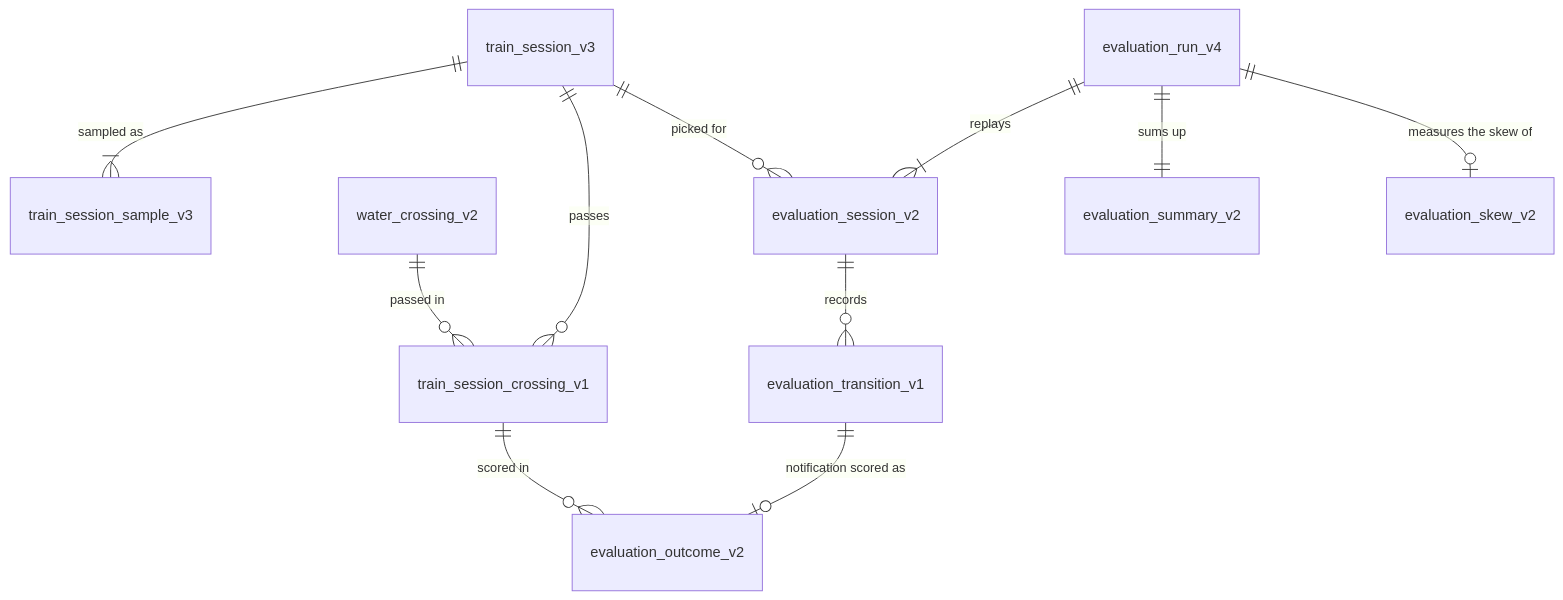
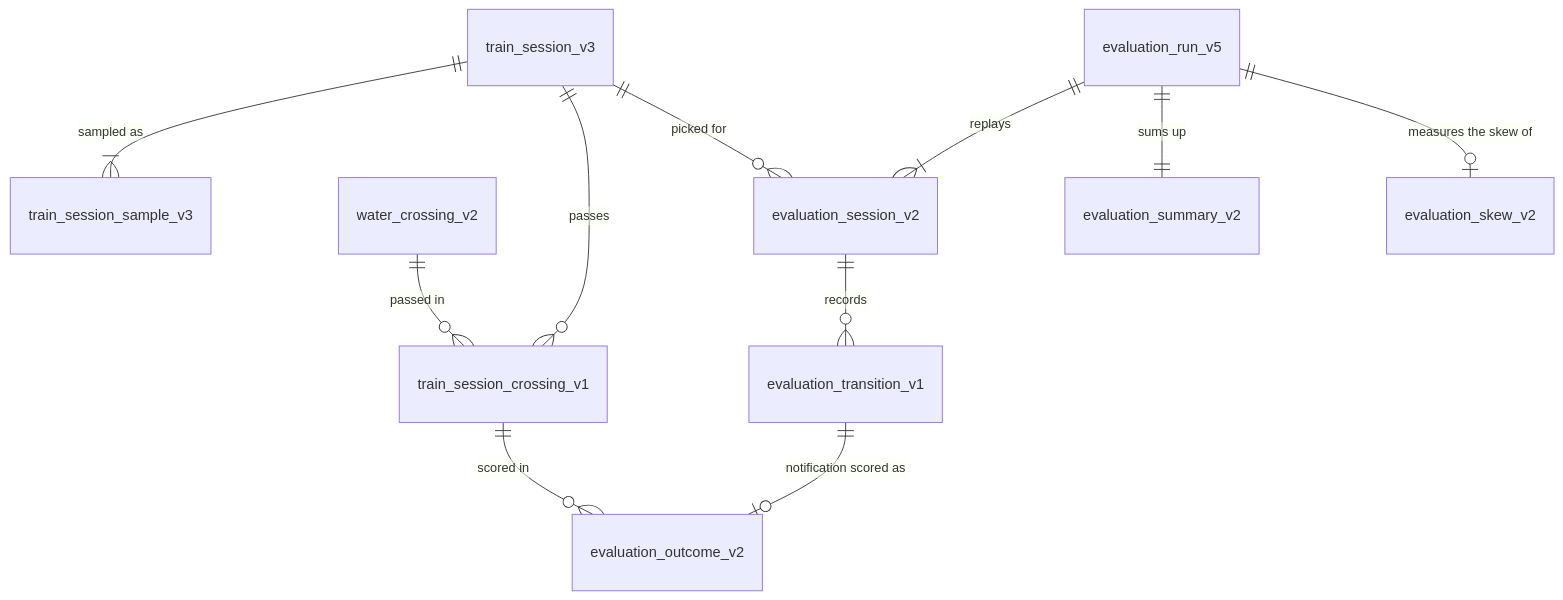
Before and after one commit to mikemoraned/geo: the diagram in apps/lookout/docs/current-slice.md, drawn with Mermaid. The commit also changed other lines of this file and 37 other files, not shown here.

Commit message:
record the split a run scores in evaluation_run_v5's split_settings, read back when a run resumes, with the run's spans of time and evaluation_session_v2's as durations; migrate run v4 and session v1 into them with a one-off binary

````diff
--- a/apps/lookout/docs/current-slice.md
+++ b/apps/lookout/docs/current-slice.md
@@ -127,13 +127,13 @@
 ```mermaid
 erDiagram
     train_session_v3 ||--|{ train_session_sample_v3 : "sampled as"
     train_session_v3 ||--o{ train_session_crossing_v1 : "passes"
     water_crossing_v2 ||--o{ train_session_crossing_v1 : "passed in"
-    evaluation_run_v4 ||--|{ evaluation_session_v2 : "replays"
+    evaluation_run_v5 ||--|{ evaluation_session_v2 : "replays"
     train_session_v3 ||--o{ evaluation_session_v2 : "picked for"
     evaluation_session_v2 ||--o{ evaluation_transition_v1 : "records"
     evaluation_transition_v1 ||--o| evaluation_outcome_v2 : "notification scored as"
     train_session_crossing_v1 ||--o{ evaluation_outcome_v2 : "scored in"
-    evaluation_run_v4 ||--|| evaluation_summary_v2 : "sums up"
-    evaluation_run_v4 ||--o| evaluation_skew_v2 : "measures the skew of"
+    evaluation_run_v5 ||--|| evaluation_summary_v2 : "sums up"
+    evaluation_run_v5 ||--o| evaluation_skew_v2 : "measures the skew of"
 ```
````
